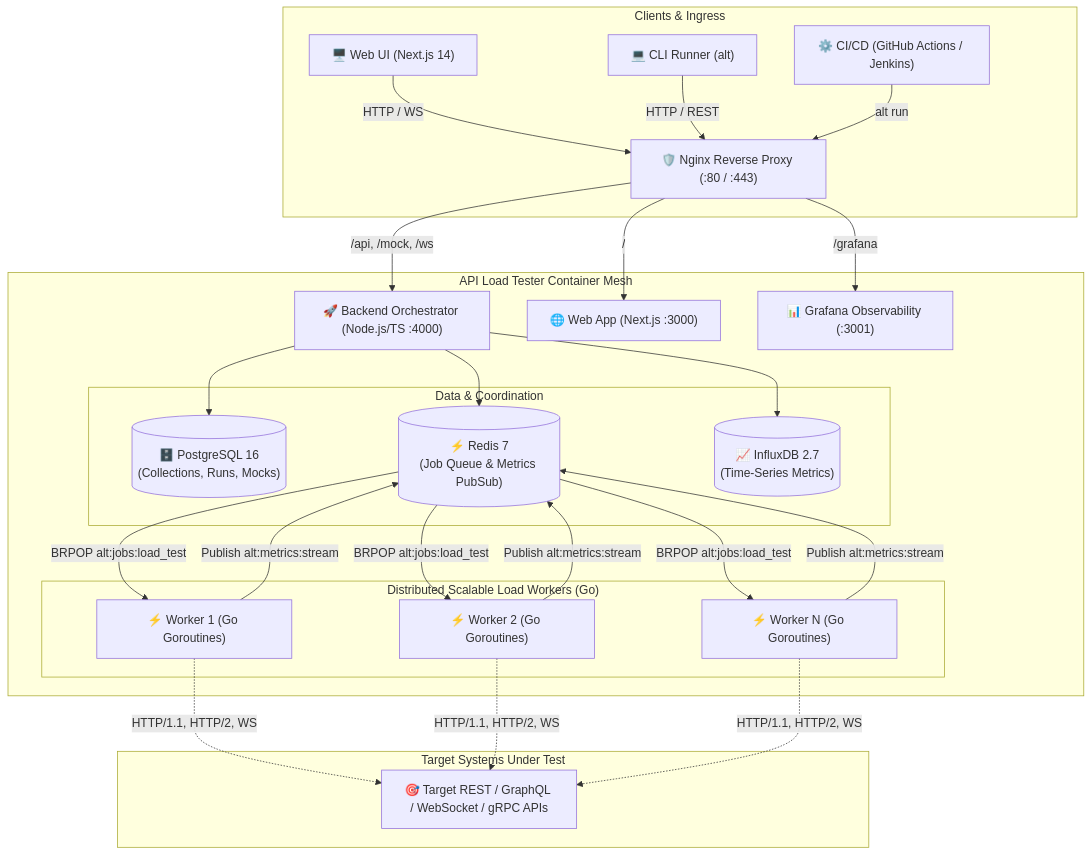
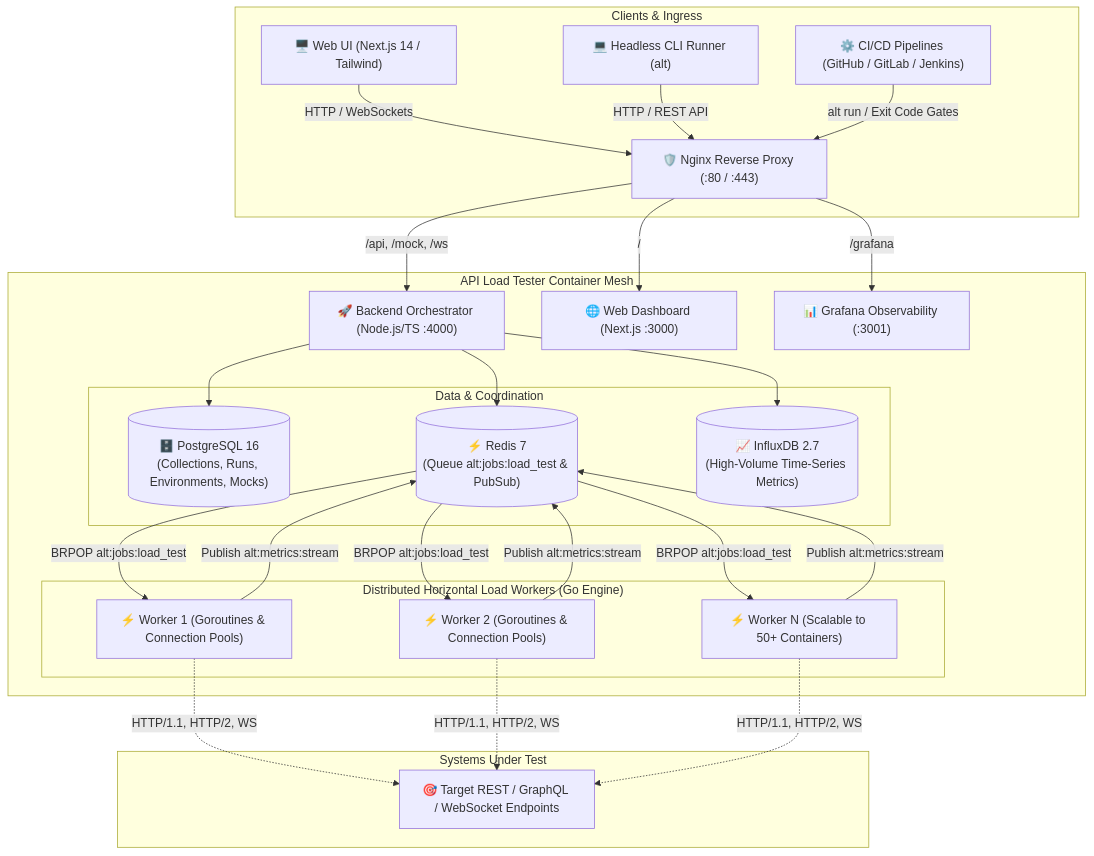
Before and after one commit to imranbru99/api-load-tester: the diagram in README.md, drawn with Mermaid. The commit also changed other lines of this file, not shown here.

Commit message:
docs: complete exhaustive README with all features, architecture, and guides

````diff
--- a/README.md
+++ b/README.md
@@ -27,51 +50,51 @@
 ```mermaid
 flowchart TD
     subgraph ClientLayer ["Clients & Ingress"]
-        Browser["🖥️ Web UI (Next.js 14)"]
-        CLI["💻 CLI Runner (alt)"]
-        CI["⚙️ CI/CD (GitHub Actions / Jenkins)"]
+        Browser["🖥️ Web UI (Next.js 14 / Tailwind)"]
+        CLI["💻 Headless CLI Runner (alt)"]
+        CI["⚙️ CI/CD Pipelines (GitHub / GitLab / Jenkins)"]
         Nginx["🛡️ Nginx Reverse Proxy (:80 / :443)"]
     end
 
-    Browser -->|HTTP / WS| Nginx
-    CLI -->|HTTP / REST| Nginx
-    CI -->|alt run| Nginx
+    Browser -->|HTTP / WebSockets| Nginx
+    CLI -->|HTTP / REST API| Nginx
+    CI -->|alt run / Exit Code Gates| Nginx
 
     subgraph CoreStack ["API Load Tester Container Mesh"]
         Nginx -->|/api, /mock, /ws| Backend["🚀 Backend Orchestrator (Node.js/TS :4000)"]
-        Nginx -->|/| Frontend["🌐 Web App (Next.js :3000)"]
+        Nginx -->|/| Frontend["🌐 Web Dashboard (Next.js :3000)"]
         Nginx -->|/grafana| Grafana["📊 Grafana Observability (:3001)"]
 
         subgraph Orchestration ["Data & Coordination"]
-            Postgres[("🗄️ PostgreSQL 16<br/>(Collections, Runs, Mocks)")]
-            Redis[("⚡ Redis 7<br/>(Job Queue & Metrics PubSub)")]
-            InfluxDB[("📈 InfluxDB 2.7<br/>(Time-Series Metrics)")]
+            Postgres[("🗄️ PostgreSQL 16<br/>(Collections, Runs, Environments, Mocks)")]
+            Redis[("⚡ Redis 7<br/>(Queue alt:jobs:load_test & PubSub)")]
+            InfluxDB[("📈 InfluxDB 2.7<br/>(High-Volume Time-Series Metrics)")]
         end
 
         Backend --> Postgres
         Backend --> Redis
         Backend --> InfluxDB
 
-        subgraph WorkerMesh ["Distributed Scalable Load Workers (Go)"]
-            Worker1["⚡ Worker 1 (Go Goroutines)"]
-            Worker2["⚡ Worker 2 (Go Goroutines)"]
-            WorkerN["⚡ Worker N (Go Goroutines)"]
+        subgraph WorkerMesh ["Distributed Horizontal Load Workers (Go Engine)"]
+            Worker1["⚡ Worker 1 (Goroutines & Connection Pools)"]
+            Worker2["⚡ Worker 2 (Goroutines & Connection Pools)"]
+            WorkerN["⚡ Worker N (Scalable to 50+ Containers)"]
         end
 
         Redis -->|BRPOP alt:jobs:load_test| Worker1
         Redis -->|BRPOP alt:jobs:load_test| Worker2
         Redis -->|BRPOP alt:jobs:load_test| WorkerN
 
         Worker1 -->|Publish alt:metrics:stream| Redis
         Worker2 -->|Publish alt:metrics:stream| Redis
         WorkerN -->|Publish alt:metrics:stream| Redis
     end
 
-    subgraph Targets ["Target Systems Under Test"]
-        APITarget["🎯 Target REST / GraphQL / WebSocket / gRPC APIs"]
+    subgraph Targets ["Systems Under Test"]
+        TargetAPI["🎯 Target REST / GraphQL / WebSocket Endpoints"]
     end
 
-    Worker1 -.->|HTTP/1.1, HTTP/2, WS| APITarget
-    Worker2 -.->|HTTP/1.1, HTTP/2, WS| APITarget
-    WorkerN -.->|HTTP/1.1, HTTP/2, WS| APITarget
+    Worker1 -.->|HTTP/1.1, HTTP/2, WS| TargetAPI
+    Worker2 -.->|HTTP/1.1, HTTP/2, WS| TargetAPI
+    WorkerN -.->|HTTP/1.1, HTTP/2, WS| TargetAPI
 ```
````
